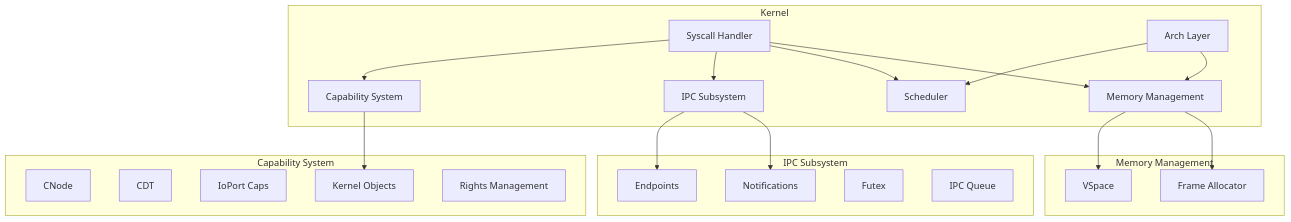
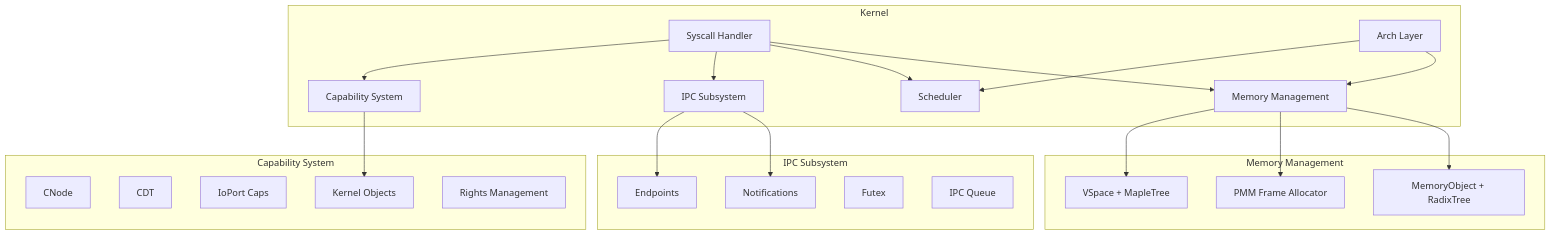
One commit to SaltyOS/SaltyOS changed the first of 6 diagrams in docs/ARCHITECTURE.md. Above: the diagram before and after it, drawn with Mermaid. The commit also changed other lines of this file and 22 other files, not shown here.

````diff
--- a/docs/ARCHITECTURE.md
+++ b/docs/ARCHITECTURE.md
@@ -45,45 +54,47 @@
 ```mermaid
 graph TB
     subgraph Kernel
         CAP[Capability System]
         IPC[IPC Subsystem]
         SCHED[Scheduler]
         MM[Memory Management]
         SYSCALL[Syscall Handler]
         ARCH[Arch Layer]
     end
 
     subgraph "IPC Subsystem"
         EP[Endpoints]
         NOTIF[Notifications]
         FUTEX[Futex]
         QUEUE[IPC Queue]
     end
 
     subgraph "Memory Management"
-        VSPACE[VSpace]
-        FRAME[Frame Allocator]
+        VSPACE[VSpace + MapleTree]
+        FRAME[PMM Frame Allocator]
+        MO[MemoryObject + RadixTree]
     end
 
     subgraph "Capability System"
         CNODE[CNode]
         CDT[CDT]
         IOPORT[IoPort Caps]
         KOBJ[Kernel Objects]
         RIGHTS[Rights Management]
     end
 
     SYSCALL --> CAP
     SYSCALL --> IPC
     SYSCALL --> SCHED
     SYSCALL --> MM
-    
+
     CAP --> KOBJ
     IPC --> EP
     IPC --> NOTIF
     MM --> VSPACE
     MM --> FRAME
-    
+    MM --> MO
+
     ARCH --> SCHED
     ARCH --> MM
 ```
````
